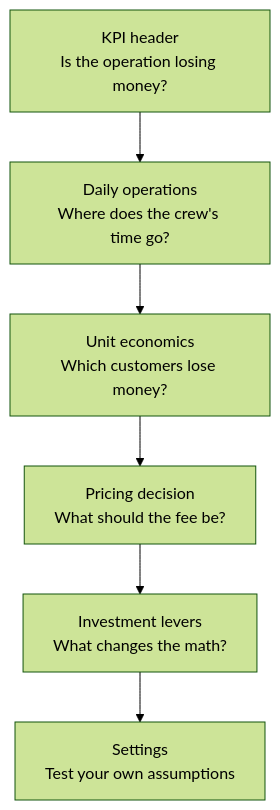
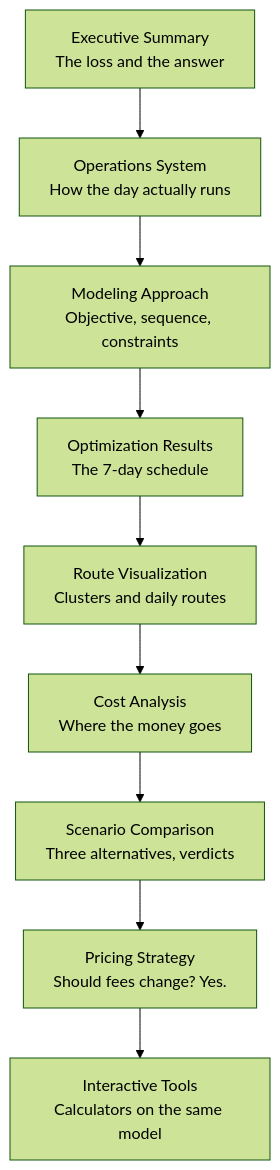
One commit to lorisca-analytics/delivery-economics-dashboard changed the second of 2 diagrams in README.md. Above: the diagram before and after it, drawn with Mermaid (forest theme). The commit also changed other lines of this file, not shown here.

Commit message:
README matches the 9-section dashboard structure

````diff
--- a/README.md
+++ b/README.md
@@ -52,8 +52,11 @@
 ```mermaid
 flowchart TD
-    A["KPI header<br/>Is the operation losing money?"] --> B["Daily operations<br/>Where does the crew's time go?"]
-    B --> C["Unit economics<br/>Which customers lose money?"]
-    C --> D["Pricing decision<br/>What should the fee be?"]
-    D --> E["Investment levers<br/>What changes the math?"]
-    E --> F["Settings<br/>Test your own assumptions"]
+    A["Executive Summary<br/>The loss and the answer"] --> B["Operations System<br/>How the day actually runs"]
+    B --> C["Modeling Approach<br/>Objective, sequence, constraints"]
+    C --> D["Optimization Results<br/>The 7-day schedule"]
+    D --> E["Route Visualization<br/>Clusters and daily routes"]
+    E --> F["Cost Analysis<br/>Where the money goes"]
+    F --> G["Scenario Comparison<br/>Three alternatives, verdicts"]
+    G --> H["Pricing Strategy<br/>Should fees change? Yes."]
+    H --> I["Interactive Tools<br/>Calculators on the same model"]
 ```
````
